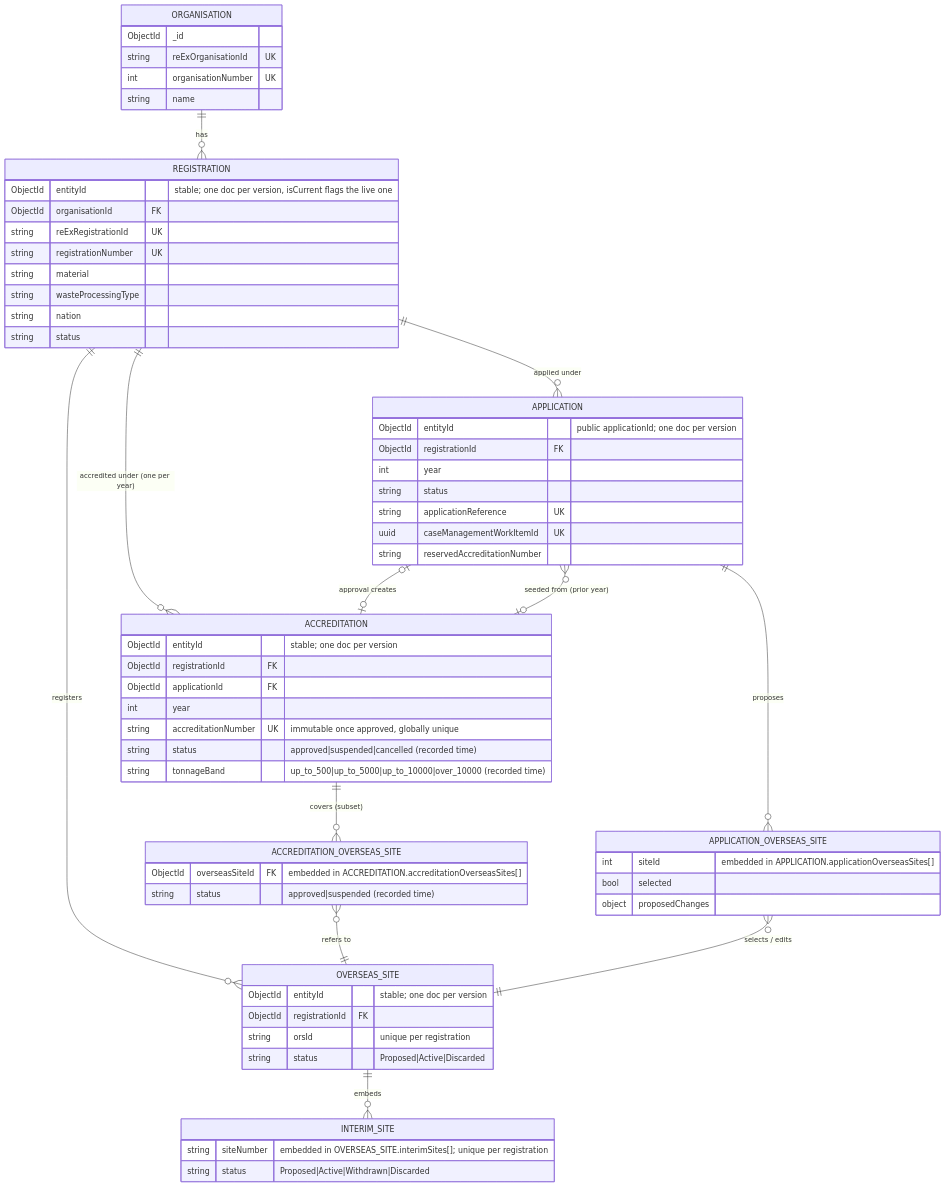
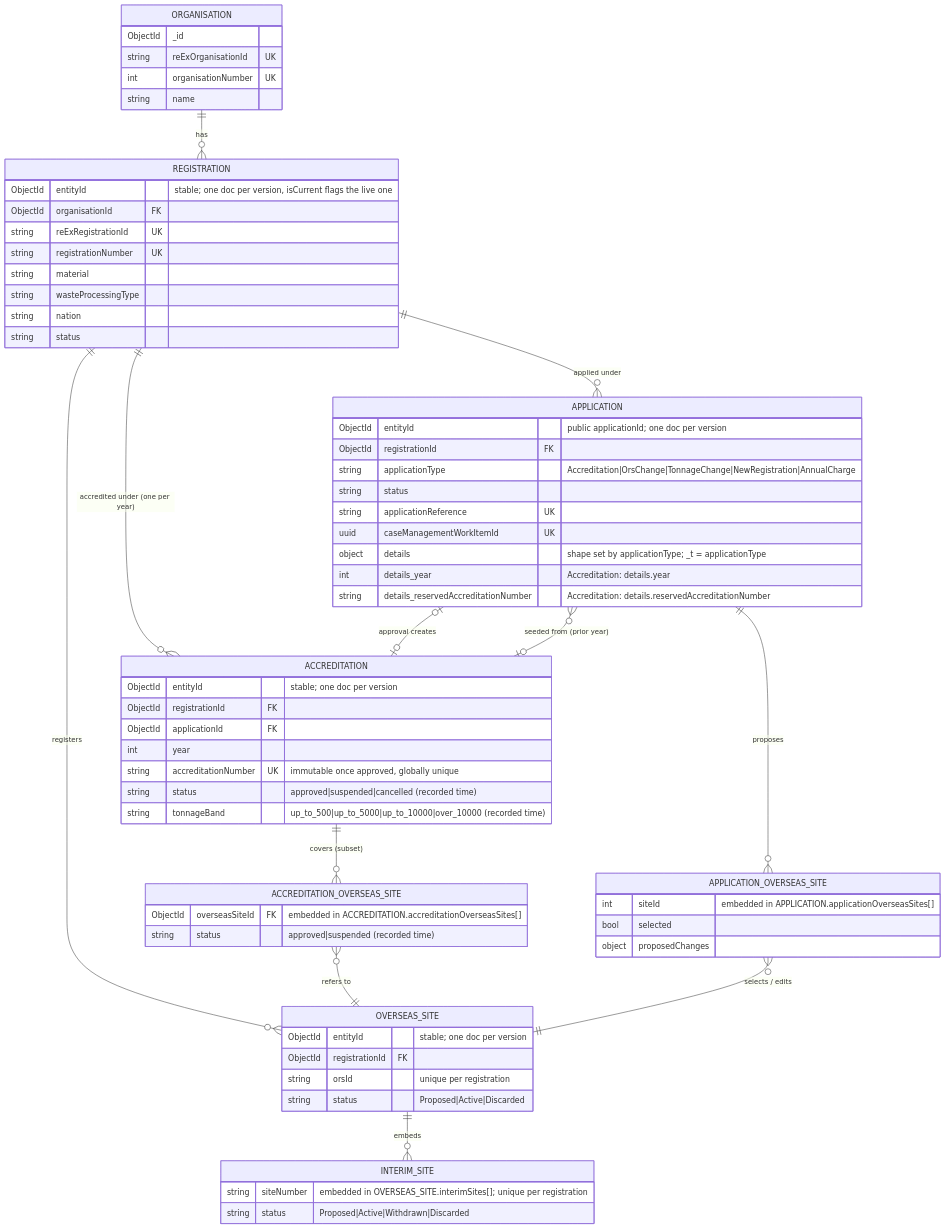
One commit to DEFRA/epr-register-enrol-backend changed the first of 6 diagrams in docs/analysis/register-enrol-domain-model-design.md. Above: the diagram before and after it, drawn with Mermaid. The commit also changed other lines of this file and 1 other file, not shown here.

First line of the commit message:
RA-744: add the application types design and record C1 in the domain model design

````diff
--- a/docs/analysis/register-enrol-domain-model-design.md
+++ b/docs/analysis/register-enrol-domain-model-design.md
@@ -509,68 +520,70 @@
 ```mermaid
 erDiagram
     ORGANISATION ||--o{ REGISTRATION : "has"
     REGISTRATION ||--o{ OVERSEAS_SITE : "registers"
     OVERSEAS_SITE ||--o{ INTERIM_SITE : "embeds"
     REGISTRATION ||--o{ APPLICATION : "applied under"
     REGISTRATION ||--o{ ACCREDITATION : "accredited under (one per year)"
     APPLICATION |o--o| ACCREDITATION : "approval creates"
     ACCREDITATION ||--o{ ACCREDITATION_OVERSEAS_SITE : "covers (subset)"
     ACCREDITATION_OVERSEAS_SITE }o--|| OVERSEAS_SITE : "refers to"
     APPLICATION ||--o{ APPLICATION_OVERSEAS_SITE : "proposes"
     APPLICATION_OVERSEAS_SITE }o--|| OVERSEAS_SITE : "selects / edits"
     APPLICATION }o--o| ACCREDITATION : "seeded from (prior year)"
 
     ORGANISATION {
         ObjectId _id
         string reExOrganisationId UK
         int organisationNumber UK
         string name
     }
     REGISTRATION {
         ObjectId entityId "stable; one doc per version, isCurrent flags the live one"
         ObjectId organisationId FK
         string reExRegistrationId UK
         string registrationNumber UK
         string material
         string wasteProcessingType
         string nation
         string status
     }
     OVERSEAS_SITE {
         ObjectId entityId "stable; one doc per version"
         ObjectId registrationId FK
         string orsId "unique per registration"
         string status "Proposed|Active|Discarded"
     }
     INTERIM_SITE {
         string siteNumber "embedded in OVERSEAS_SITE.interimSites[]; unique per registration"
         string status "Proposed|Active|Withdrawn|Discarded"
     }
     APPLICATION {
         ObjectId entityId "public applicationId; one doc per version"
         ObjectId registrationId FK
-        int year
+        string applicationType "Accreditation|OrsChange|TonnageChange|NewRegistration|AnnualCharge"
         string status
         string applicationReference UK
         uuid caseManagementWorkItemId UK
-        string reservedAccreditationNumber
+        object details "shape set by applicationType; _t = applicationType"
+        int details_year "Accreditation: details.year"
+        string details_reservedAccreditationNumber "Accreditation: details.reservedAccreditationNumber"
     }
     ACCREDITATION {
         ObjectId entityId "stable; one doc per version"
         ObjectId registrationId FK
         ObjectId applicationId FK
         int year
         string accreditationNumber UK "immutable once approved, globally unique"
         string status "approved|suspended|cancelled (recorded time)"
         string tonnageBand "up_to_500|up_to_5000|up_to_10000|over_10000 (recorded time)"
     }
     ACCREDITATION_OVERSEAS_SITE {
         ObjectId overseasSiteId FK "embedded in ACCREDITATION.accreditationOverseasSites[]"
         string status "approved|suspended (recorded time)"
     }
     APPLICATION_OVERSEAS_SITE {
         int siteId "embedded in APPLICATION.applicationOverseasSites[]"
         bool selected
         object proposedChanges
     }
 ```
````
